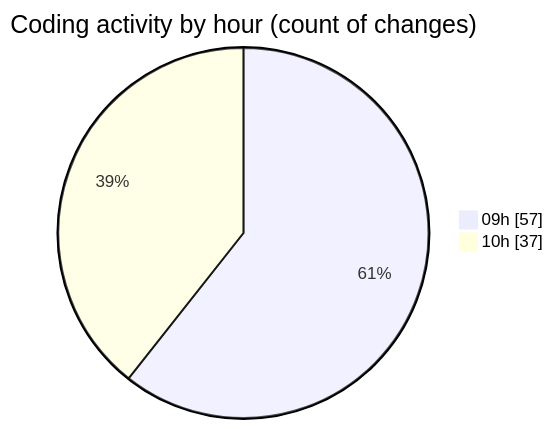
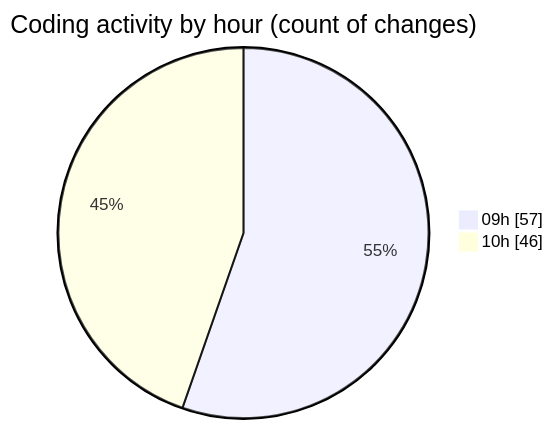
Before and after one commit to momahboobian/code-tracking: the second of 2 diagrams in 2025-09-19/cda/README.md, drawn with Mermaid. The commit also changed other lines of this file and 1 other file, not shown here.

````diff
--- a/2025-09-19/cda/README.md
+++ b/2025-09-19/cda/README.md
@@ -30,6 +30,6 @@
 ```mermaid
 pie showData
 title Coding activity by hour (count of changes)
 "09h" : 57
-"10h" : 37
+"10h" : 46
 ```
````
